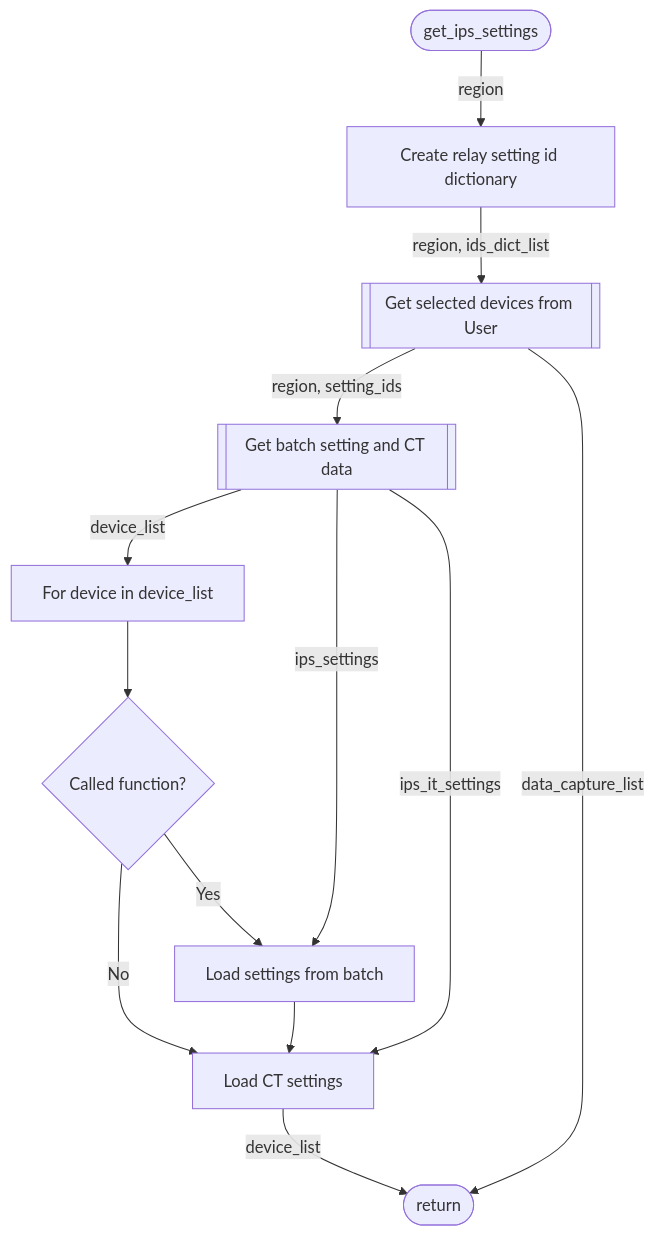
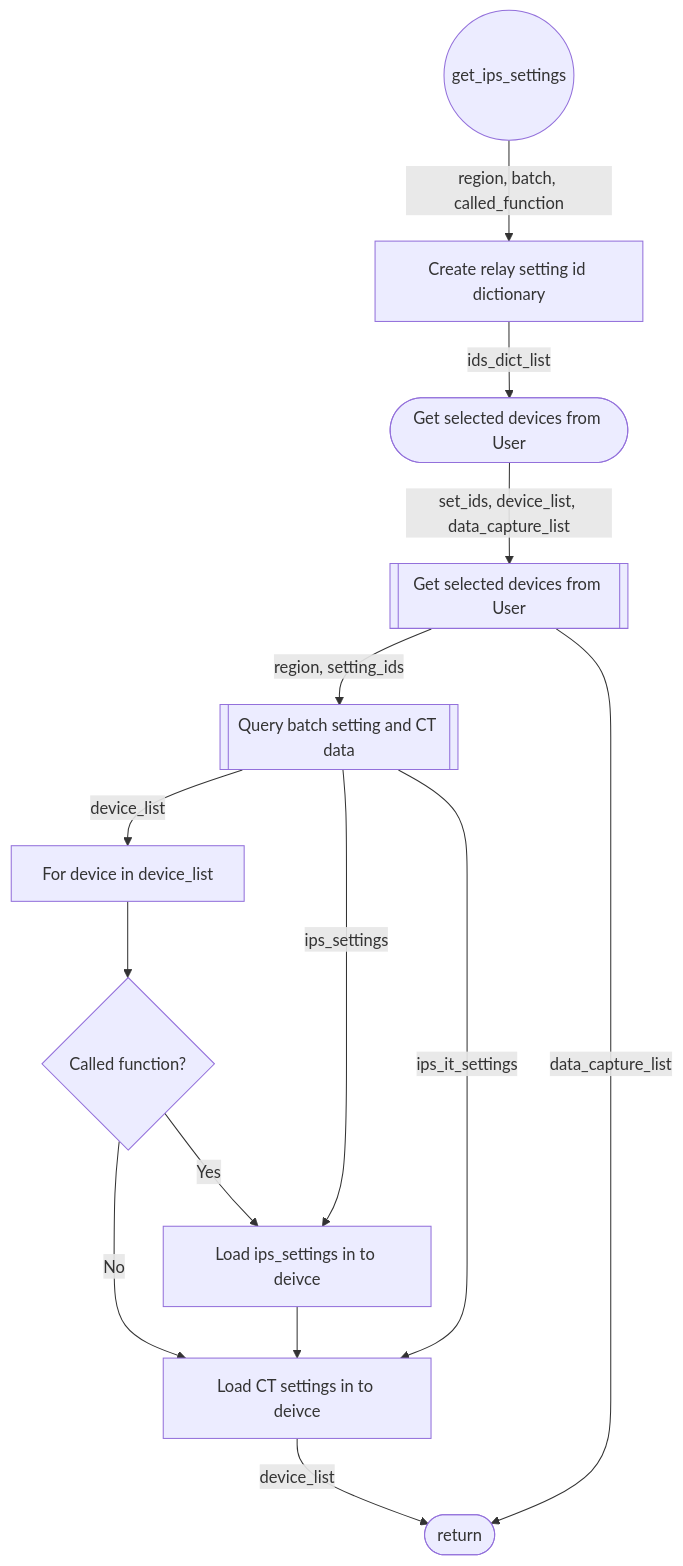
The first of 3 diagrams in ips_data/ips_settings.md (KeenSpirit/ips-to-pf), drawn with Mermaid before and after one commit. The commit also changed other lines of this file and 13 other files, not shown here.

````diff
--- a/ips_data/ips_settings.md
+++ b/ips_data/ips_settings.md
@@ -3,15 +3,16 @@
 ```mermaid
 flowchart TD
-A([get_ips_settings])-- region --> B[Create relay setting id dictionary]
-B-- region, ids_dict_list --> C[[Get selected devices from User]]
-C-- region, setting_ids --> D[[Get batch setting and CT data]]
-D--device_list --> E[For device in device_list]
-E--> F{Called function?}
-F -->|No| G[Load CT settings]
-F -->|Yes| H[Load settings from batch]
-H --> G
-G -- device_list --> I([return])
-D -- ips_it_settings --> G
-D -- ips_settings --> H
-C -- data_capture_list --> I([return])
+A@{ shape: circle, label: "get_ips_settings" } --region, batch, called_function--> B
+B[Create relay setting id dictionary]-- ids_dict_list --> C([Get selected devices from User])
+C-- set_ids, device_list, data_capture_list --> D[[Get selected devices from User]]
+D-- region, setting_ids --> E[[Query batch setting and CT data]]
+E--device_list --> F[For device in device_list]
+F--> G{Called function?}
+G -->|No| H[Load CT settings in to deivce]
+G -->|Yes| I[Load ips_settings in to deivce]
+I --> H
+H -- device_list --> J([return])
+E -- ips_it_settings --> H
+E -- ips_settings --> I
+D -- data_capture_list --> J([return])
 ```
````
